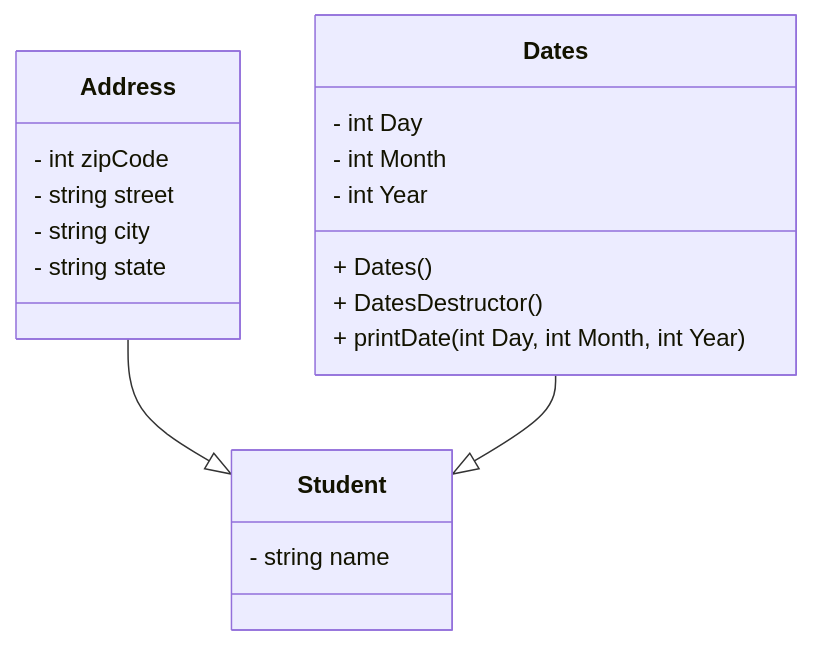
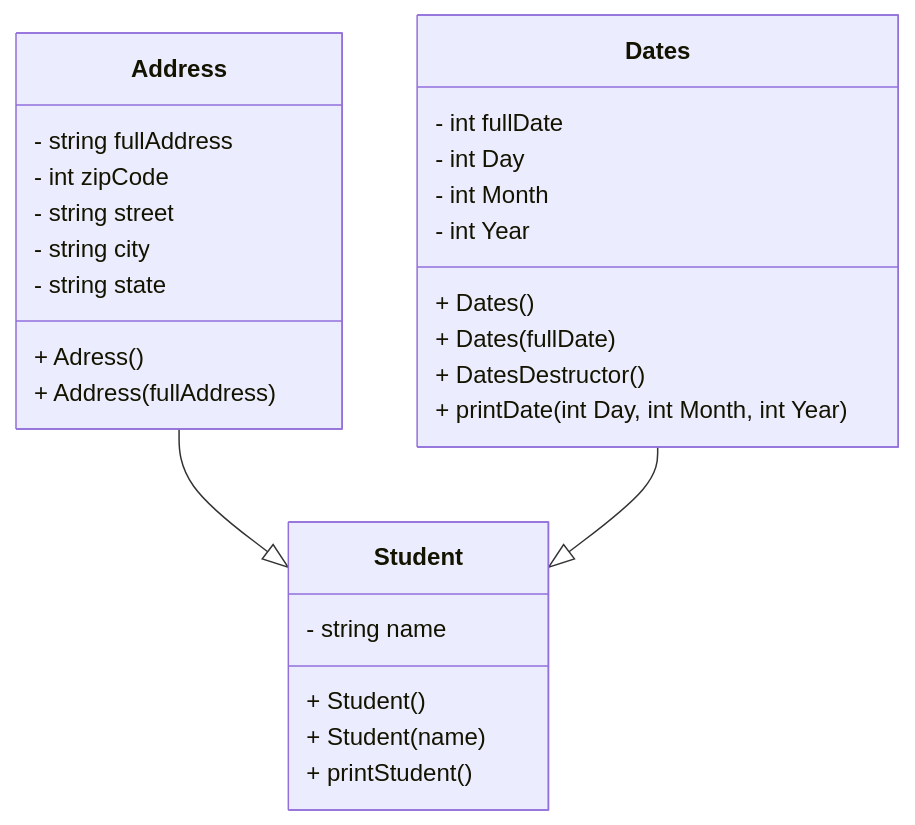
Before and after one commit to janblocker2003/HeapOfStudentsP1: the diagram in README.md, drawn with Mermaid.

````diff
--- a/README.md
+++ b/README.md
@@ -5,28 +5,36 @@
 ```mermaid
 classDiagram
 direction TB
     class Student {
         - string name
+        + Student()
+        + Student(name)
+        + printStudent()
     }
 
     class Address {
+        - string fullAddress
         - int zipCode
         - string street
         - string city
         - string state
+        + Adress()
+        + Address(fullAddress)
     }
 
     class Dates {
+        - int fullDate
         - int Day
         - int Month 
         - int Year
         + Dates()
+        + Dates(fullDate)
         + DatesDestructor()
         + printDate(int Day, int Month, int Year)
         
         
     }
 
     Address --|> Student
     Dates --|> Student
 ```
````
